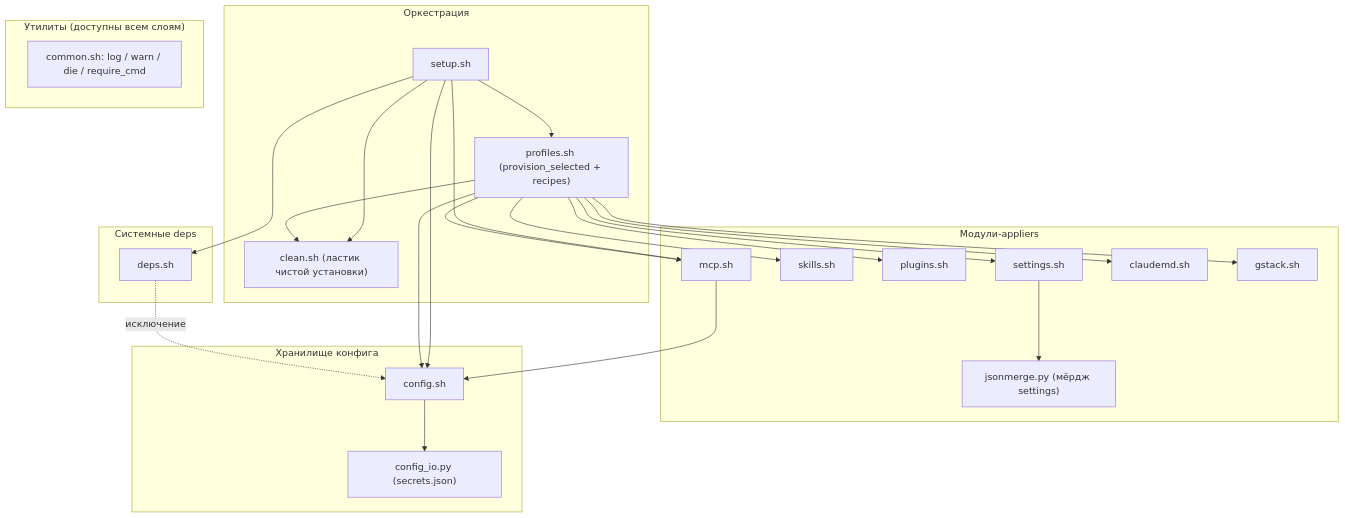
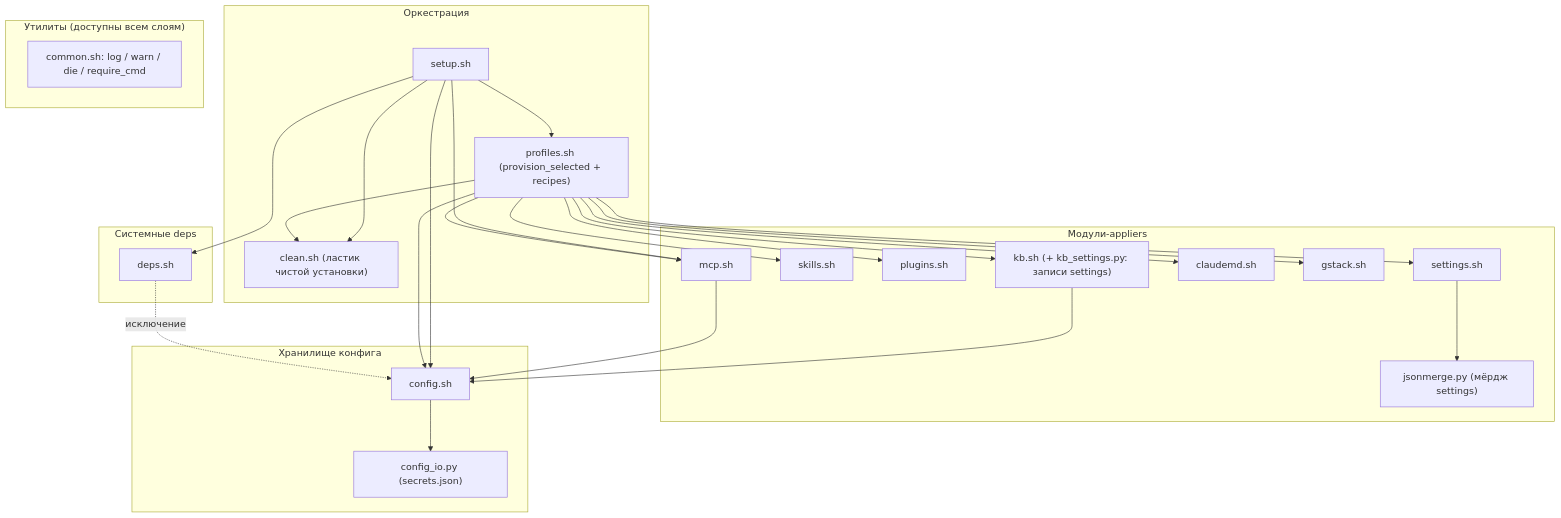
Before and after one commit to stpntkhnv/claudefiles: the first of 4 diagrams in docs/architecture.md, drawn with Mermaid. The commit also changed other lines of this file and 4 other files, not shown here.

First line of the commit message:
docs(kb): база знаний в README, схеме, диаграммах и инвариантах

````diff
--- a/docs/architecture.md
+++ b/docs/architecture.md
@@ -9,41 +9,44 @@
 ```mermaid
 flowchart TD
   subgraph orch["Оркестрация"]
     setup["setup.sh"]
     prof["profiles.sh (provision_selected + recipes)"]
     cleanm["clean.sh (ластик чистой установки)"]
   end
   subgraph sysdeps["Системные deps"]
     deps["deps.sh"]
   end
   subgraph appliers["Модули-appliers"]
     settings["settings.sh"]
     jsonmerge["jsonmerge.py (мёрдж settings)"]
     skills["skills.sh"]
     plugins["plugins.sh"]
     mcp["mcp.sh"]
     claudemd["claudemd.sh"]
     gstack["gstack.sh"]
+    kb["kb.sh (+ kb_settings.py: записи settings)"]
   end
   subgraph cfg["Хранилище конфига"]
     config["config.sh"]
     configio["config_io.py (secrets.json)"]
   end
   subgraph util["Утилиты (доступны всем слоям)"]
     common["common.sh: log / warn / die / require_cmd"]
   end
 
   setup --> prof
   setup --> deps
   setup --> config
   setup --> cleanm
   setup --> mcp
   prof --> settings & skills & plugins & mcp & claudemd
   prof --> gstack
+  prof --> kb
   prof --> cleanm
   settings --> jsonmerge
+  kb --> config
   prof --> config
   mcp --> config
   config --> configio
   deps -.->|исключение| config
 ```
````
